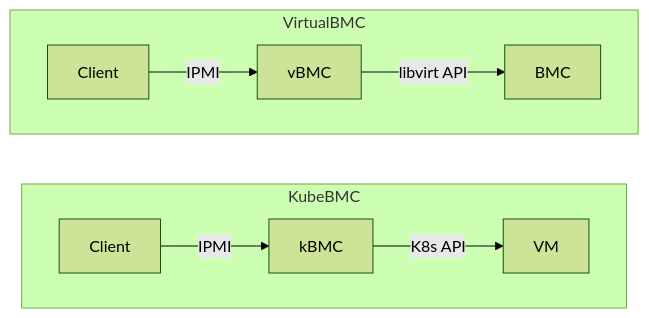
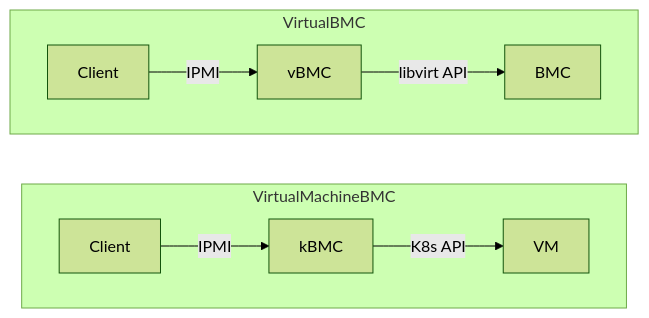
The first of 2 diagrams in README.md (starbops/kubevirtbmc), drawn with Mermaid (forest theme) before and after one commit. The commit also changed other lines of this file and 56 other files, not shown here.

````diff
--- a/README.md
+++ b/README.md
@@ -11,15 +11,15 @@
 ```mermaid
 flowchart LR
     client1[Client]
     client2[Client]
     BMC1[BMC]
     VM[VM]
-    subgraph KubeBMC
+    subgraph VirtualMachineBMC
     direction LR
     client2-->|IPMI|kBMC-->|K8s API|VM
     end
     subgraph VirtualBMC
     direction LR
     client1-->|IPMI|vBMC-->|libvirt API|BMC1
     end
 ```
````
